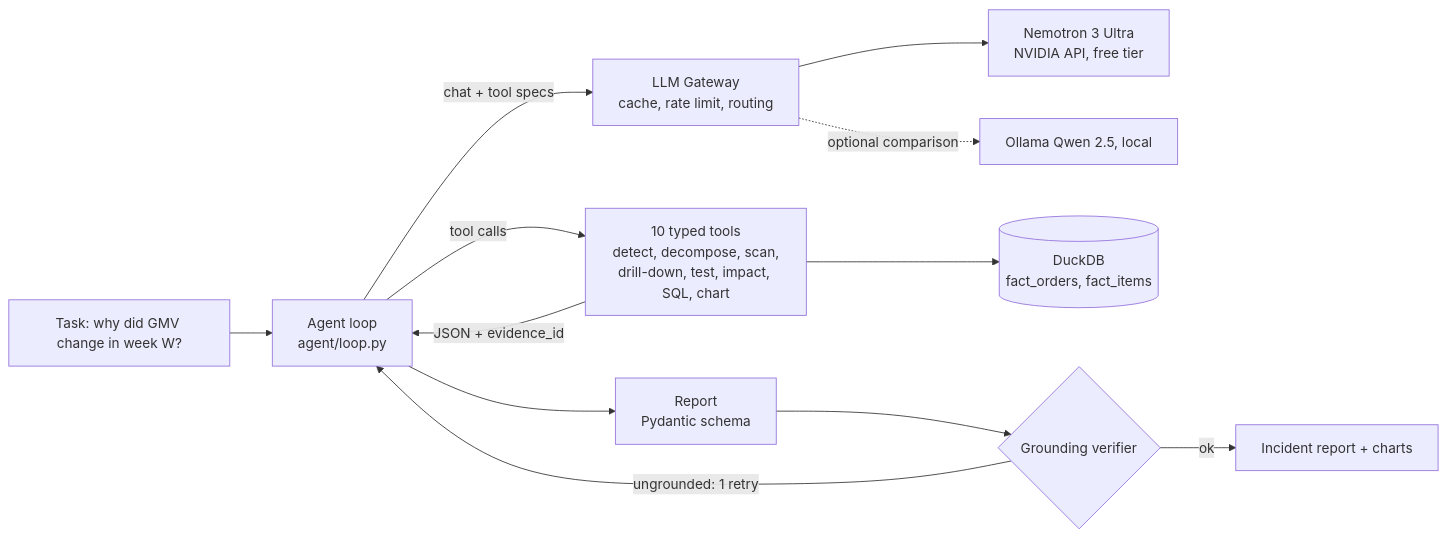
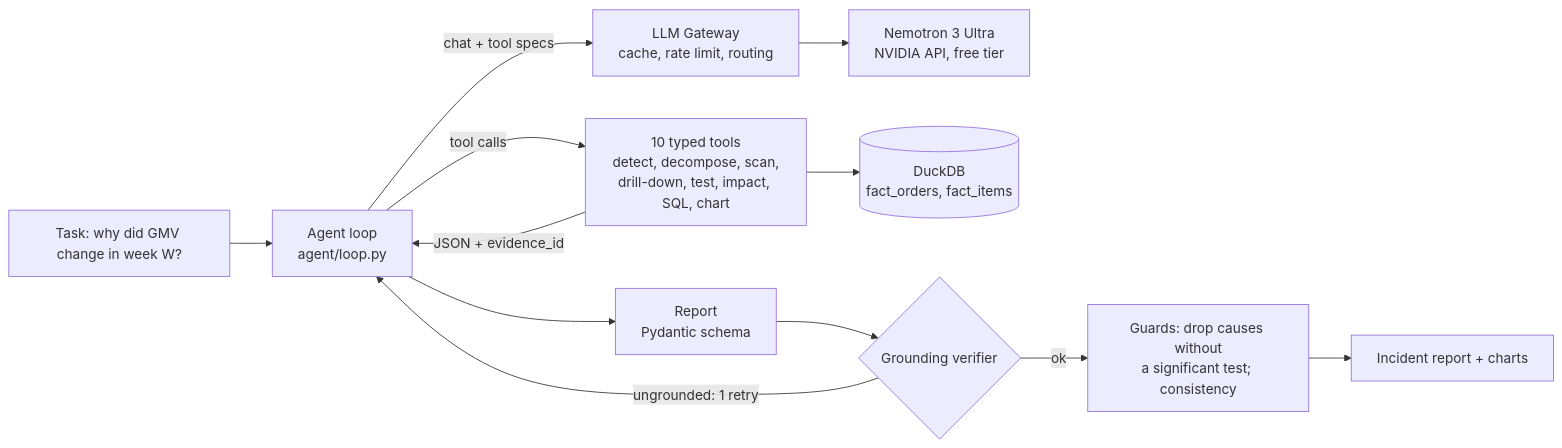
The diagram in README.md (nivi9944/kpi-rca-agent), drawn with Mermaid before and after one commit. The commit also changed other lines of this file and 21 other files, not shown here.

First line of the commit message:
KPI Root-Cause Agent v2: held-out TEST evaluation, README v2

````diff
--- a/README.md
+++ b/README.md
@@ -65,14 +112,14 @@
 ```mermaid
 flowchart LR
     U[Task: why did GMV change in week W?] --> L[Agent loop<br/>agent/loop.py]
     L -- chat + tool specs --> G[LLM Gateway<br/>cache, rate limit, routing]
     G --> NV[Nemotron 3 Ultra<br/>NVIDIA API, free tier]
-    G -.optional comparison.-> OL[Ollama Qwen 2.5, local]
     L -- tool calls --> T[10 typed tools<br/>detect, decompose, scan,<br/>drill-down, test, impact, SQL, chart]
     T --> D[(DuckDB<br/>fact_orders, fact_items)]
     T -- JSON + evidence_id --> L
     L --> R[Report<br/>Pydantic schema]
     R --> V{Grounding verifier}
     V -- ungrounded: 1 retry --> L
-    V -- ok --> OUT[Incident report + charts]
+    V -- ok --> GD[Guards: drop causes without<br/>a significant test; consistency]
+    GD --> OUT[Incident report + charts]
 ```
````
